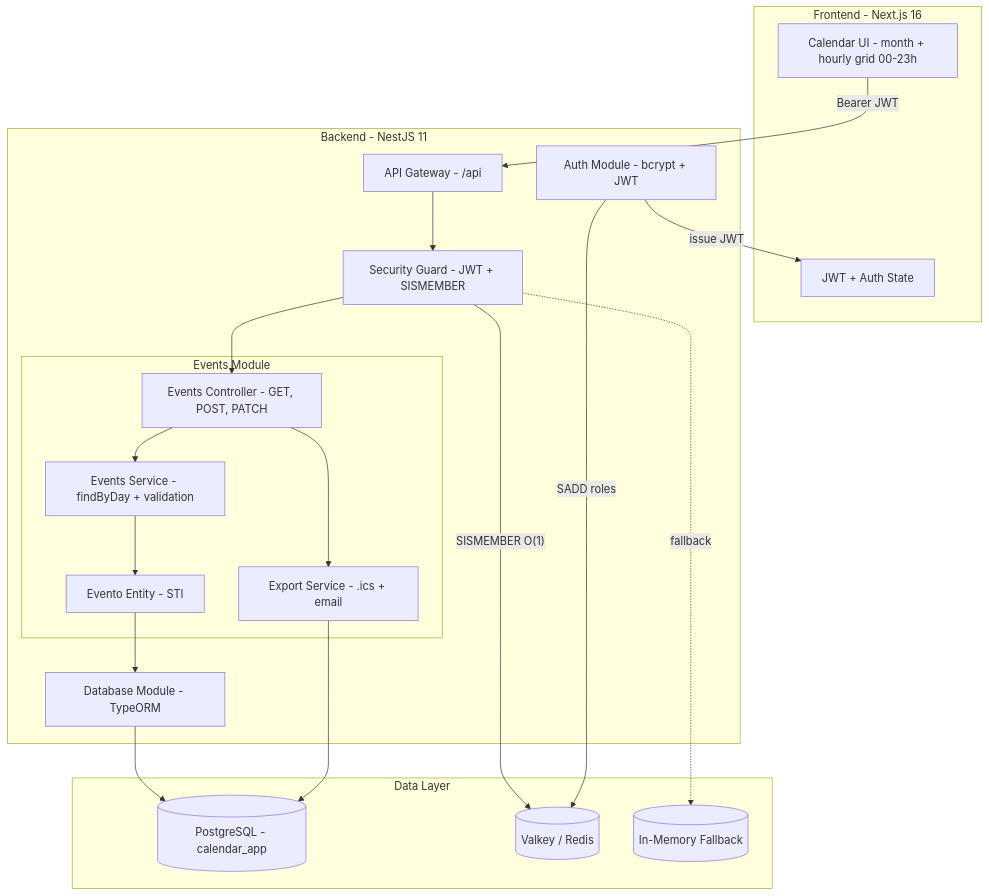
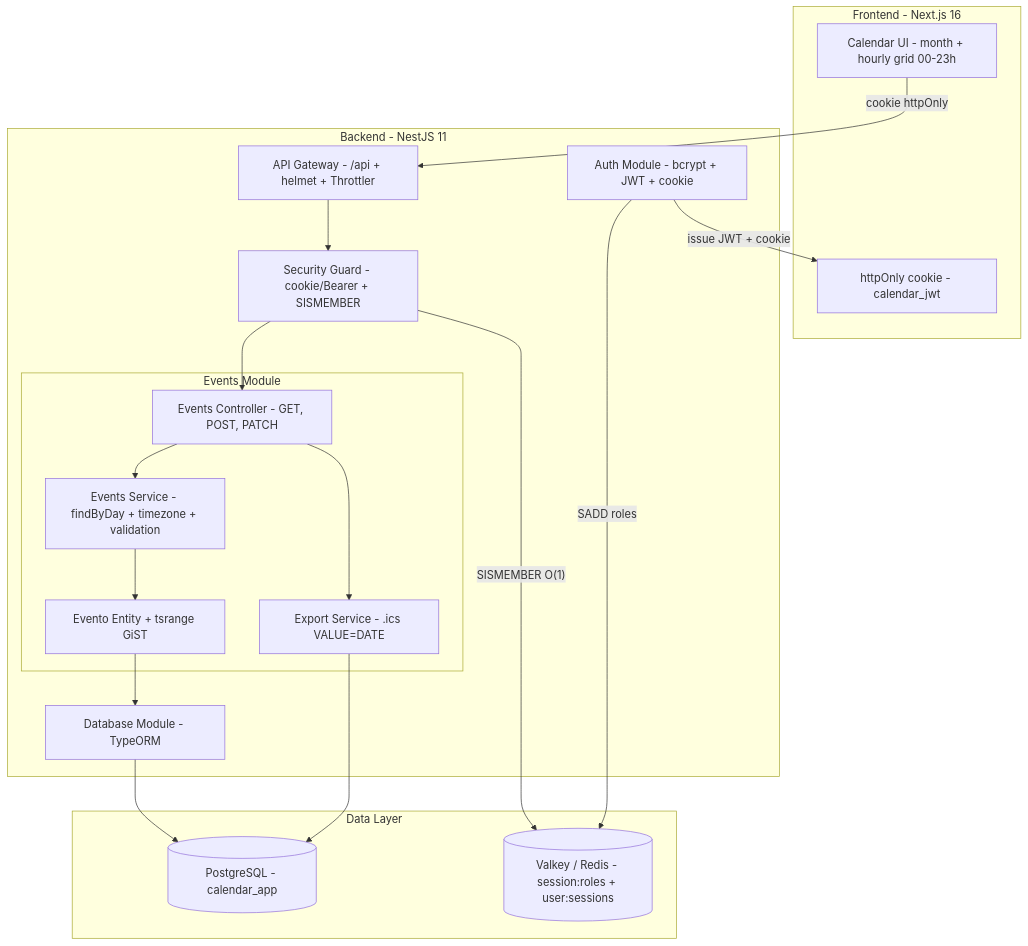
The diagram in README.md (antoniobouneto/calendar-app), drawn with Mermaid before and after one commit. The commit also changed other lines of this file and 14 other files, not shown here.

First line of the commit message:
Revisao 1-5: fail-closed Valkey, fuso APP_TIMEZONE, cookie httpOnly, TTL/sessions e tsrange

````diff
--- a/README.md
+++ b/README.md
@@ -44,31 +45,29 @@
 ```mermaid
 flowchart TB
     subgraph Frontend["Frontend - Next.js 16"]
         UI["Calendar UI - month + hourly grid 00-23h"]
-        FEAuth["JWT + Auth State"]
+        FEAuth["httpOnly cookie - calendar_jwt"]
     end
     subgraph Backend["Backend - NestJS 11"]
-        Gateway["API Gateway - /api"]
-        Auth["Auth Module - bcrypt + JWT"]
+        Gateway["API Gateway - /api + helmet + Throttler"]
+        Auth["Auth Module - bcrypt + JWT + cookie"]
         subgraph EventsModule["Events Module"]
             Controller["Events Controller - GET, POST, PATCH"]
-            Service["Events Service - findByDay + validation"]
-            ExportSvc["Export Service - .ics + email"]
-            Entity["Evento Entity - STI"]
+            Service["Events Service - findByDay + timezone + validation"]
+            ExportSvc["Export Service - .ics VALUE=DATE"]
+            Entity["Evento Entity + tsrange GiST"]
         end
         DBModule["Database Module - TypeORM"]
-        Guard["Security Guard - JWT + SISMEMBER"]
+        Guard["Security Guard - cookie/Bearer + SISMEMBER"]
     end
     subgraph Data["Data Layer"]
         PG[("PostgreSQL - calendar_app")]
-        Valkey[("Valkey / Redis")]
-        Memory[("In-Memory Fallback")]
+        Valkey[("Valkey / Redis - session:roles + user:sessions")]
     end
-    UI -->|"Bearer JWT"| Gateway
+    UI -->|"cookie httpOnly"| Gateway
     Gateway --> Guard --> Controller --> Service --> Entity --> DBModule --> PG
     Controller --> ExportSvc --> PG
     Guard -->|"SISMEMBER O(1)"| Valkey
-    Guard -. fallback .-> Memory
     Auth -->|"SADD roles"| Valkey
-    Auth -->|"issue JWT"| FEAuth
+    Auth -->|"issue JWT + cookie"| FEAuth
 ```
````
